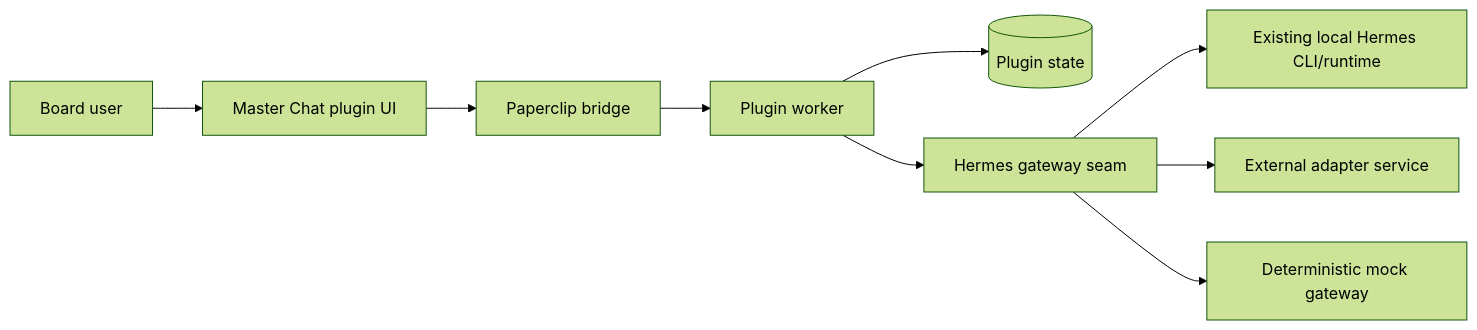
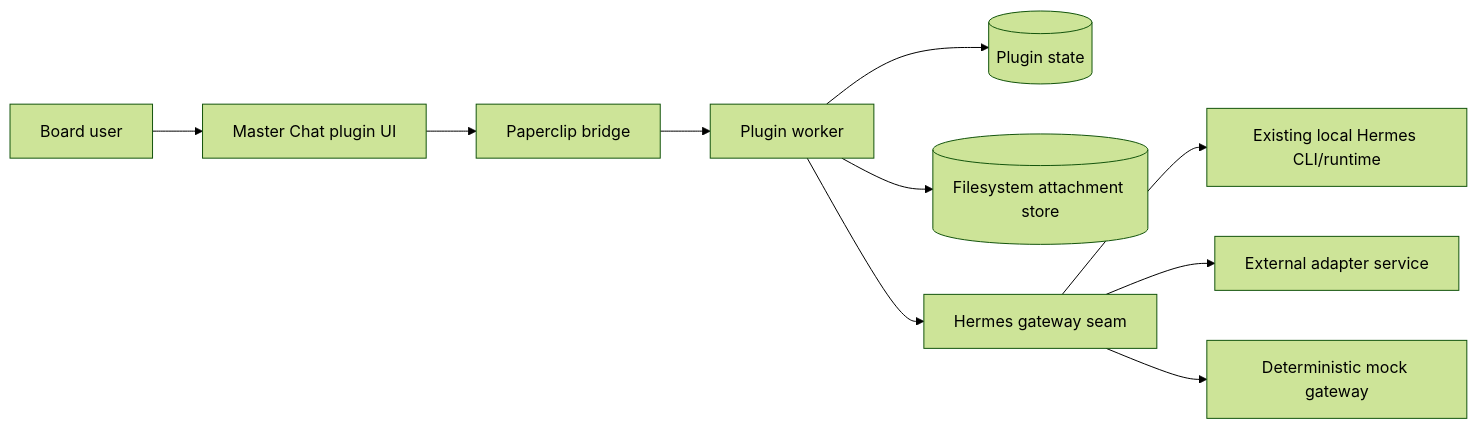
The diagram in README.md (Ola-Turmo/paperclip-master-chat-plugin), drawn with Mermaid (forest theme) before and after one commit. The commit also changed other lines of this file and 29 other files, not shown here.

````diff
--- a/README.md
+++ b/README.md
@@ -24,11 +27,12 @@
 ```mermaid
 flowchart LR
   User[Board user] --> UI[Master Chat plugin UI]
   UI --> Bridge[Paperclip bridge]
   Bridge --> Worker[Plugin worker]
   Worker --> Store[(Plugin state)]
+  Worker --> Files[(Filesystem attachment store)]
   Worker --> Hermes[Hermes gateway seam]
   Hermes --> Local[Existing local Hermes CLI/runtime]
   Hermes --> Adapter[External adapter service]
   Hermes --> Mock[Deterministic mock gateway]
 ```
````
